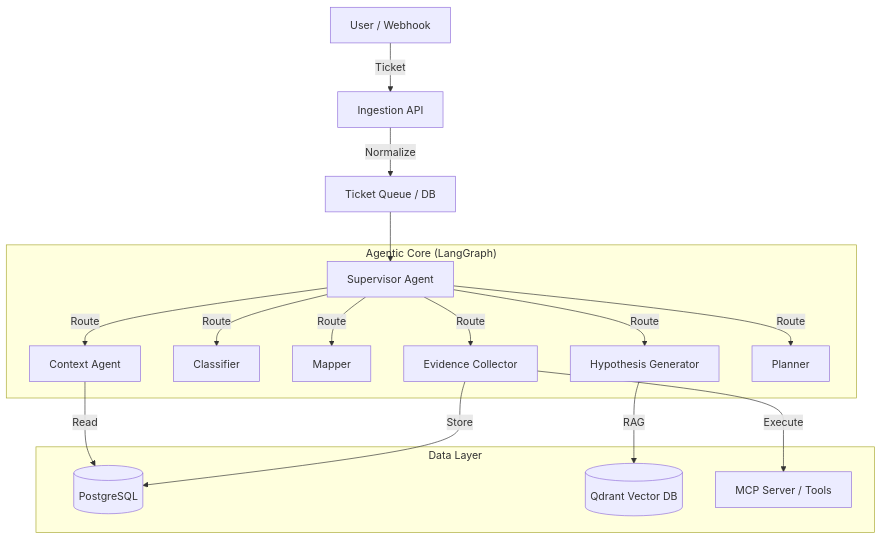
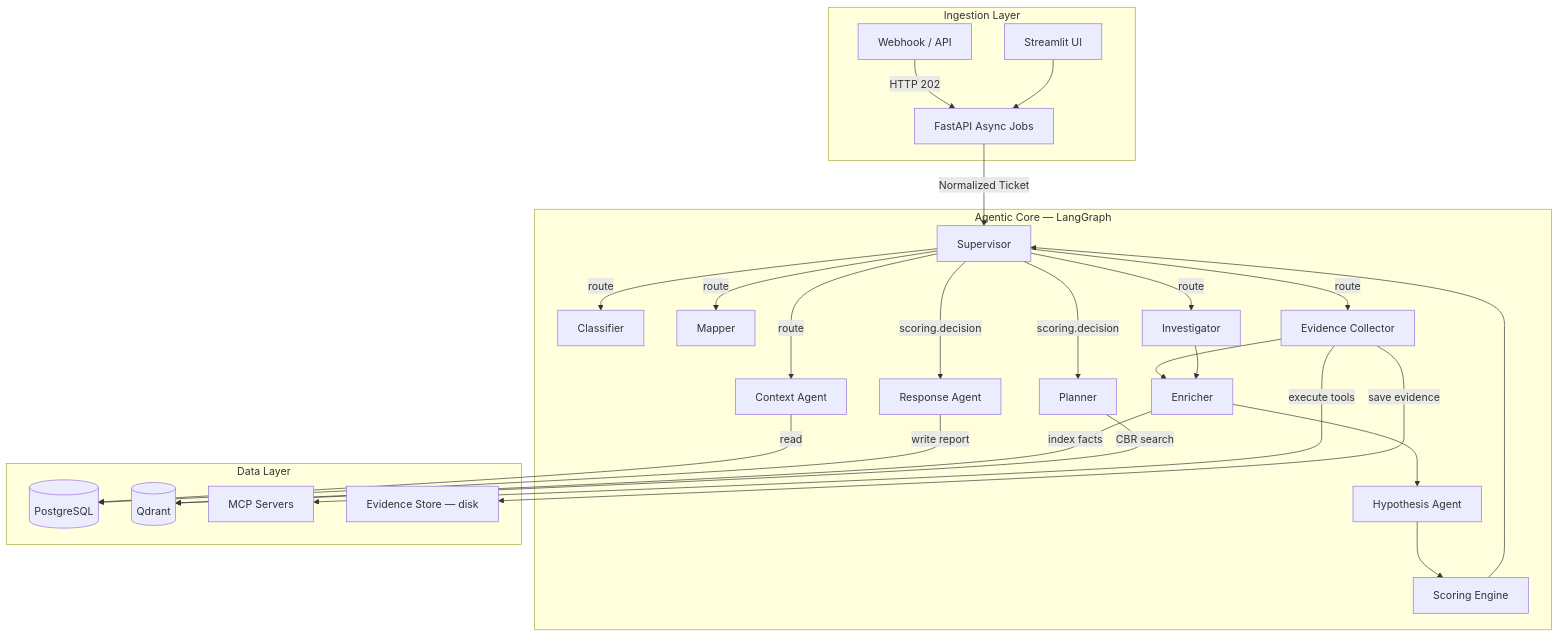
One commit to jofra02/L8R changed the diagram in README.md. Above: the diagram before and after it, drawn with Mermaid. The commit also changed other lines of this file and 1 other file, not shown here.

Commit message:
docs: comprehensive README rewrite + scoring.md agent doc

````diff
--- a/README.md
+++ b/README.md
@@ -18,34 +9,39 @@
 ```mermaid
 graph TD
-    User[User / Webhook] -->|Ticket| API[Ingestion API]
-    API -->|Normalize| Q[Ticket Queue / DB]
-    
-    subgraph "Agentic Core (LangGraph)"
-        Supervisor[Supervisor Agent]
-        Context[Context Agent]
-        Class[Classifier]
-        Map[Mapper]
-        Collect[Evidence Collector]
-        Hypo[Hypothesis Generator]
-        Plan[Planner]
-        
-        Supervisor -->|Route| Context
-        Supervisor -->|Route| Class
-        Supervisor -->|Route| Map
-        Supervisor -->|Route| Collect
-        Supervisor -->|Route| Hypo
-        Supervisor -->|Route| Plan
+    subgraph "Ingestion Layer"
+        WH[Webhook / API] -->|HTTP 202| API[FastAPI Async Jobs]
+        UI[Streamlit UI] --> API
     end
-    
+
+    API -->|Normalized Ticket| SV
+
+    subgraph "Agentic Core — LangGraph"
+        SV[Supervisor] -->|route| CA[Context Agent]
+        SV -->|route| CL[Classifier]
+        SV -->|route| MA[Mapper]
+        SV -->|route| EC[Evidence Collector]
+        SV -->|route| IA[Investigator]
+        SV -->|scoring.decision| PL[Planner]
+        SV -->|scoring.decision| RA[Response Agent]
+
+        EC --> EN[Enricher]
+        IA --> EN
+        EN --> HY[Hypothesis Agent]
+        HY --> SC[Scoring Engine]
+        SC --> SV
+    end
+
     subgraph "Data Layer"
         PG[(PostgreSQL)]
-        Qdrant[(Qdrant Vector DB)]
-        MCP[MCP Server / Tools]
+        QD[(Qdrant)]
+        MCP_S[MCP Servers]
+        FS[Evidence Store — disk]
     end
-    
-    Q --> Supervisor
-    Context -->|Read| PG
-    Collect -->|Execute| MCP
-    Collect -->|Store| PG
-    Hypo -->|RAG| Qdrant
+
+    CA -->|read| PG
+    EC -->|execute tools| MCP_S
+    EC -->|save evidence| FS
+    EN -->|index facts| QD
+    PL -->|CBR search| QD
+    RA -->|write report| PG
 ```
````
